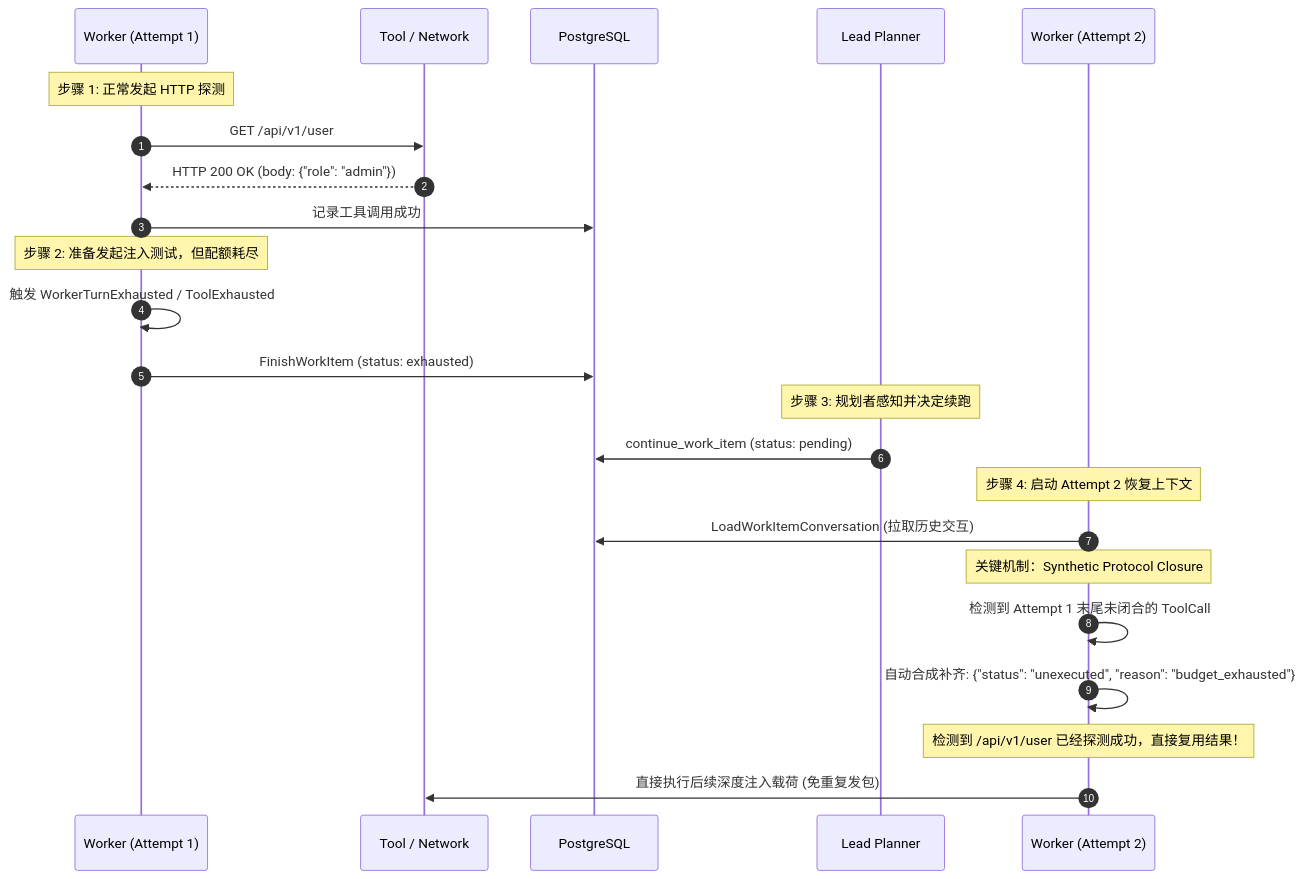
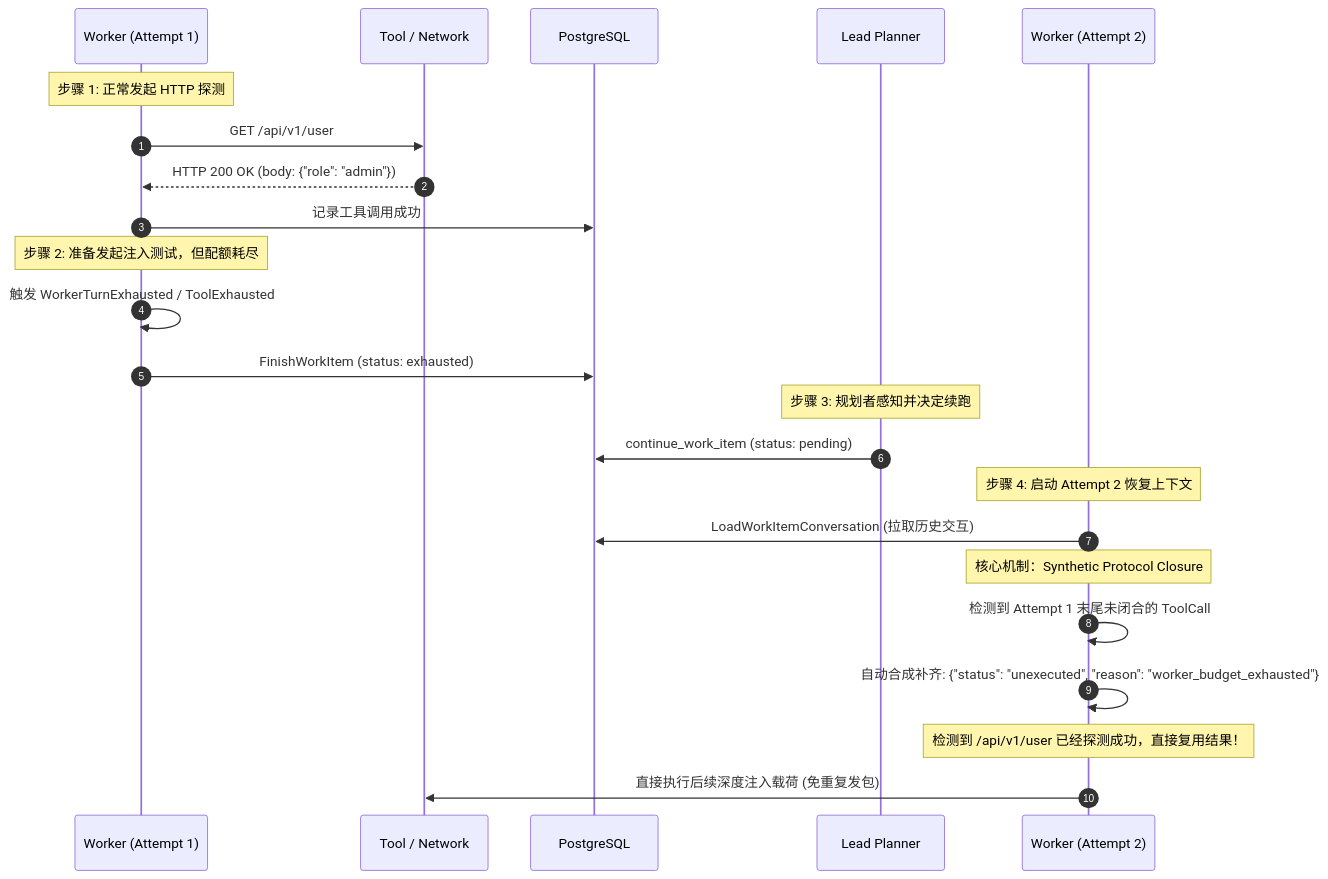
One commit to KazdelPotatoLover/oh-my-offensive-agent changed the third of 5 diagrams in docs/技术分享-自主攻防Agent核心架构与工程落地.md. Above: the diagram before and after it, drawn with Mermaid. The commit also changed other lines of this file and 42 other files, not shown here.

````diff
--- a/docs/技术分享-自主攻防Agent核心架构与工程落地.md
+++ b/docs/技术分享-自主攻防Agent核心架构与工程落地.md
@@ -99,29 +117,29 @@
 ```mermaid
 sequenceDiagram
     autonumber
     participant Worker as Worker (Attempt 1)
     participant Tool as Tool / Network
     participant DB as PostgreSQL
     participant Planner as Lead Planner
     participant Worker2 as Worker (Attempt 2)
 
     Note over Worker: 步骤 1: 正常发起 HTTP 探测
     Worker->>Tool: GET /api/v1/user
     Tool-->>Worker: HTTP 200 OK (body: {"role": "admin"})
     Worker->>DB: 记录工具调用成功
     
     Note over Worker: 步骤 2: 准备发起注入测试，但配额耗尽
     Worker->>Worker: 触发 WorkerTurnExhausted / ToolExhausted
     Worker->>DB: FinishWorkItem (status: exhausted)
     
     Note over Planner: 步骤 3: 规划者感知并决定续跑
     Planner->>DB: continue_work_item (status: pending)
     
     Note over Worker2: 步骤 4: 启动 Attempt 2 恢复上下文
     Worker2->>DB: LoadWorkItemConversation (拉取历史交互)
-    Note over Worker2: 关键机制：Synthetic Protocol Closure
+    Note over Worker2: 核心机制：Synthetic Protocol Closure
     Worker2->>Worker2: 检测到 Attempt 1 末尾未闭合的 ToolCall
-    Worker2->>Worker2: 自动合成补齐: {"status": "unexecuted", "reason": "budget_exhausted"}
+    Worker2->>Worker2: 自动合成补齐: {"status": "unexecuted", "reason": "worker_budget_exhausted"}
     Note over Worker2: 检测到 /api/v1/user 已经探测成功，直接复用结果！
     Worker2->>Tool: 直接执行后续深度注入载荷 (免重复发包)
 ```
````
